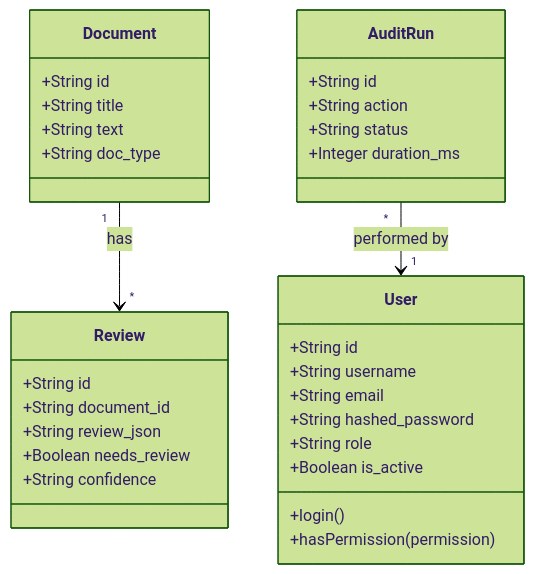
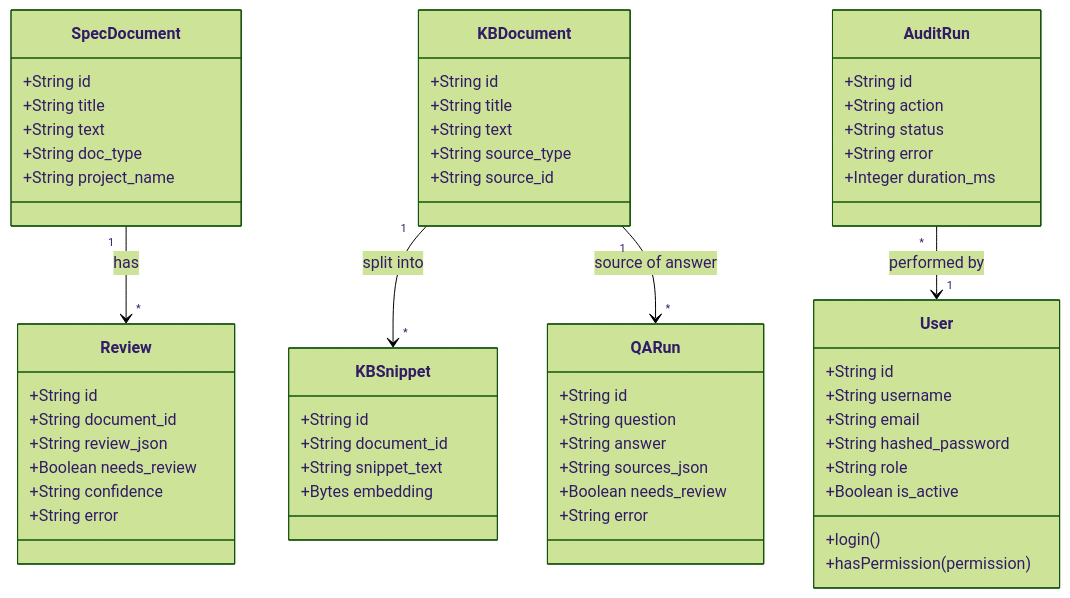
One commit to MatveiV/Analyst-Architect-AI changed the eighth of 8 diagrams in docs/user-guide-en.md. Above: the diagram before and after it, drawn with Mermaid (forest theme). The commit also changed other lines of this file and 12 other files, not shown here.

Commit message:
Docs+diagrams: reflect spec_documents/kb_documents split, persistence of needs_review reasons, add ER + Variant 2/5 sequence diagrams

````diff
--- a/docs/user-guide-en.md
+++ b/docs/user-guide-en.md
@@ -622,38 +622,67 @@
 ```mermaid
 classDiagram
     class User {
         +String id
         +String username
         +String email
         +String hashed_password
         +String role
         +Boolean is_active
         +login()
         +hasPermission(permission)
     }
 
-    class Document {
+    class SpecDocument {
         +String id
         +String title
         +String text
         +String doc_type
+        +String project_name
+    }
+
+    class KBDocument {
+        +String id
+        +String title
+        +String text
+        +String source_type
+        +String source_id
+    }
+
+    class KBSnippet {
+        +String id
+        +String document_id
+        +String snippet_text
+        +Bytes embedding
     }
 
     class Review {
         +String id
         +String document_id
         +String review_json
         +Boolean needs_review
         +String confidence
+        +String error
+    }
+
+    class QARun {
+        +String id
+        +String question
+        +String answer
+        +String sources_json
+        +Boolean needs_review
+        +String error
     }
 
     class AuditRun {
         +String id
         +String action
         +String status
+        +String error
         +Integer duration_ms
     }
 
-    Document "1" --> "*" Review : has
+    SpecDocument "1" --> "*" Review : has
+    KBDocument "1" --> "*" KBSnippet : split into
+    KBDocument "1" --> "*" QARun : source of answer
     AuditRun "*" --> "1" User : performed by
 ```
````
